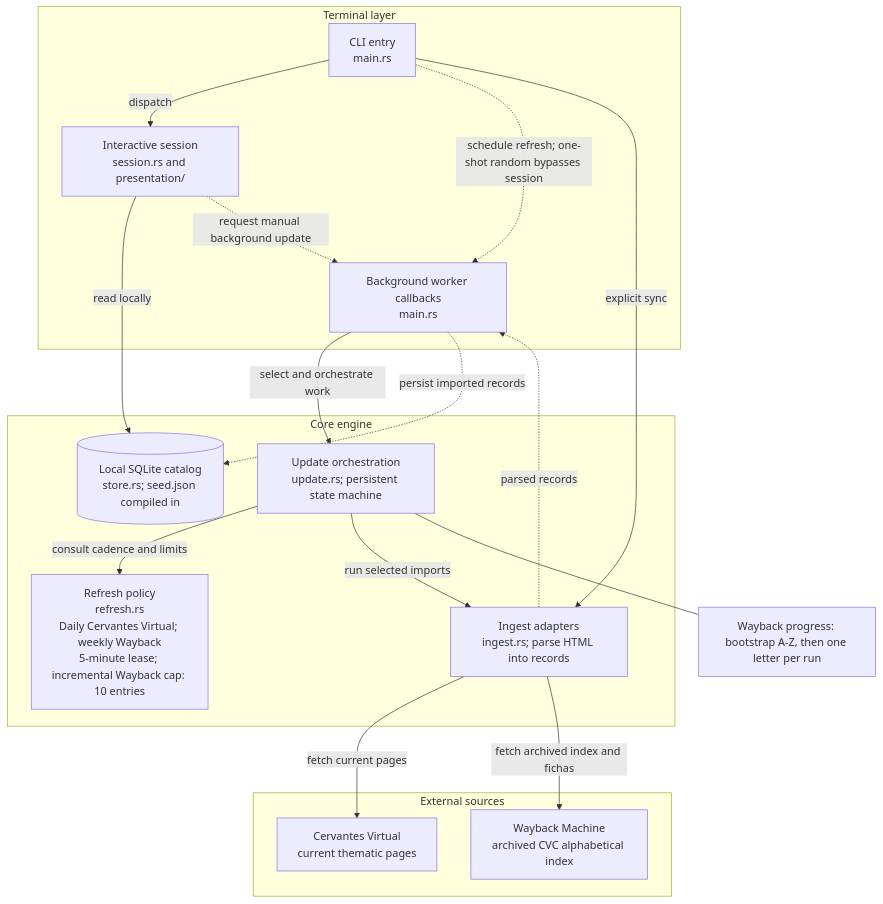
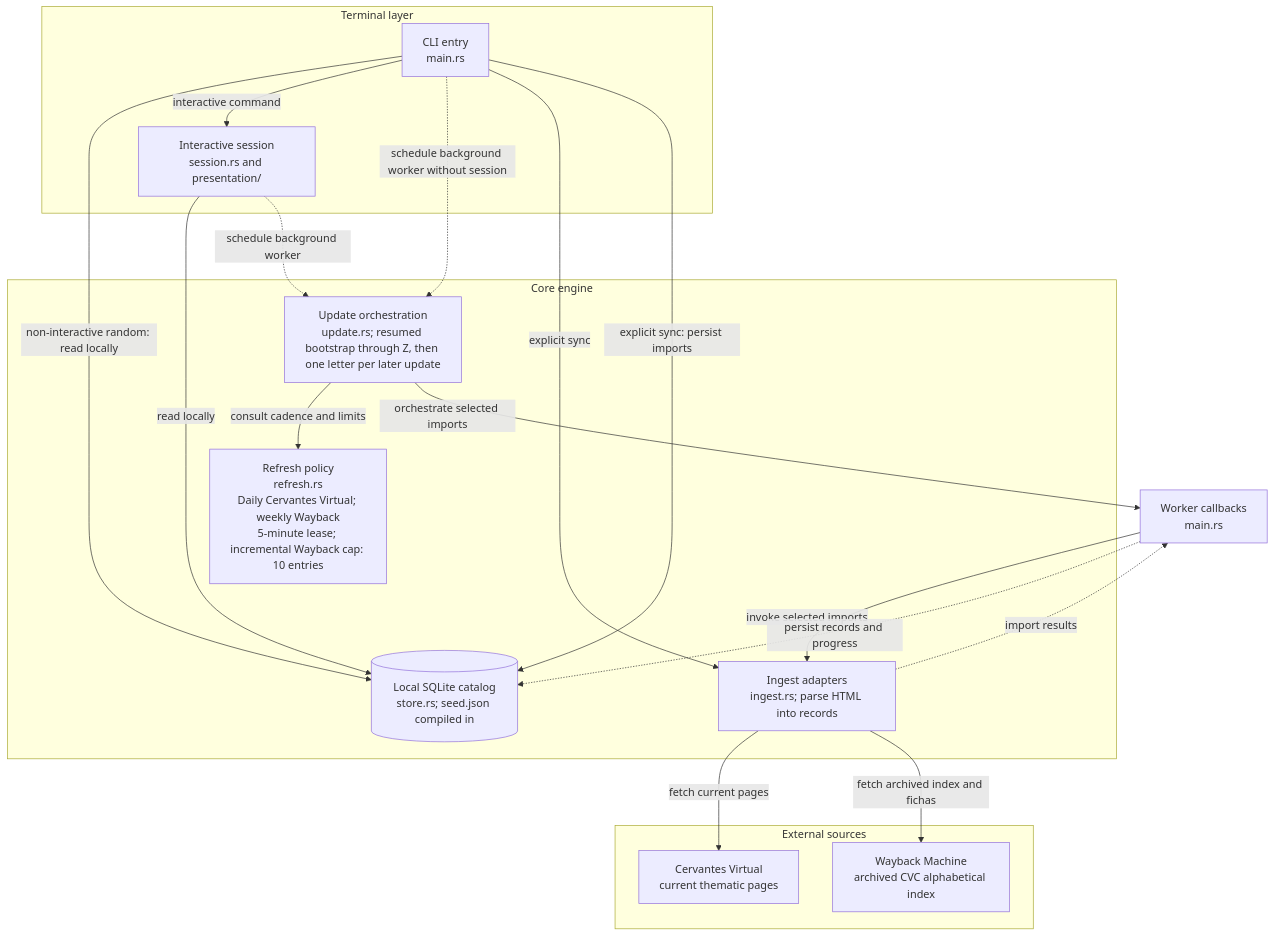
The diagram in docs/diagrams/architecture-internal.mmd (yacosta738/refranero), drawn with Mermaid before and after one commit. The commit also changed 4 other files, not shown here.

Commit message:
docs(diagrams): correct reviewed refresh flows

```diff
--- a/docs/diagrams/architecture-internal.mmd
+++ b/docs/diagrams/architecture-internal.mmd
@@ -1,34 +1,34 @@
 flowchart TB
     subgraph terminal[Terminal layer]
         main[CLI entry<br/>main.rs]
-        worker[Background worker callbacks<br/>main.rs]
         session[Interactive session<br/>session.rs and presentation/]
     end
 
     subgraph core[Core engine]
         catalog[(Local SQLite catalog<br/>store.rs; seed.json compiled in)]
-        update[Update orchestration<br/>update.rs; persistent state machine]
+        update[Update orchestration<br/>update.rs; resumed bootstrap through Z, then one letter per later update]
         policy[Refresh policy<br/>refresh.rs<br/>Daily Cervantes Virtual; weekly Wayback<br/>5-minute lease; incremental Wayback cap: 10 entries]
         ingest[Ingest adapters<br/>ingest.rs; parse HTML into records]
     end
+
+    callbacks[Worker callbacks<br/>main.rs]
 
     subgraph external[External sources]
         virtual[Cervantes Virtual<br/>current thematic pages]
         wayback[Wayback Machine<br/>archived CVC alphabetical index]
     end
 
-    main -->|dispatch| session
+    main -->|non-interactive random: read locally| catalog
+    main -->|interactive command| session
     session -->|read locally| catalog
-    session -.->|request manual background update| worker
-    main -.->|schedule refresh; one-shot random bypasses session| worker
+    main -.->|schedule background worker without session| update
+    session -.->|schedule background worker| update
     main -->|explicit sync| ingest
-    worker -->|select and orchestrate work| update
+    main -->|explicit sync: persist imports| catalog
     update -->|consult cadence and limits| policy
-    update -->|run selected imports| ingest
+    update -->|orchestrate selected imports| callbacks
+    callbacks -->|invoke selected imports| ingest
     ingest -->|fetch current pages| virtual
     ingest -->|fetch archived index and fichas| wayback
-    ingest -.->|parsed records| worker
-    worker -.->|persist imported records| catalog
-
-    state[Wayback progress: bootstrap A-Z, then one letter per run]
-    update --- state
+    ingest -.->|import results| callbacks
+    callbacks -.->|persist records and progress| catalog
```
